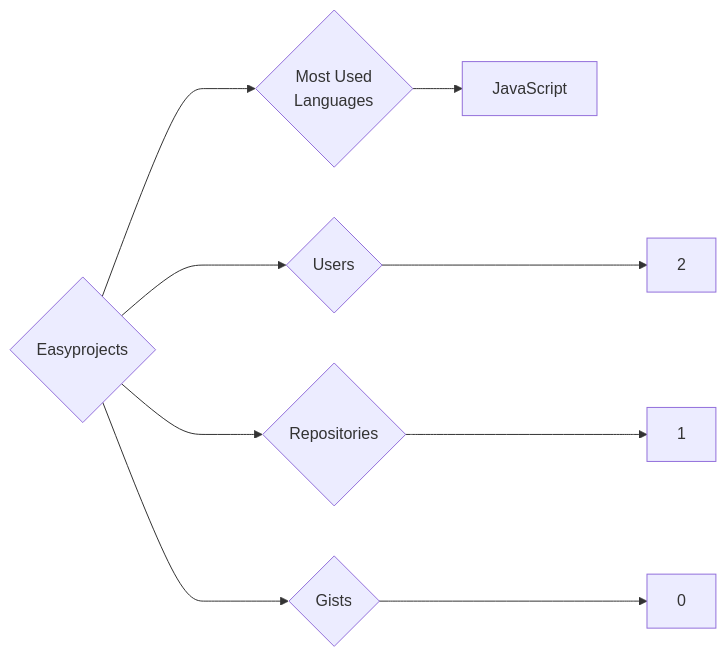
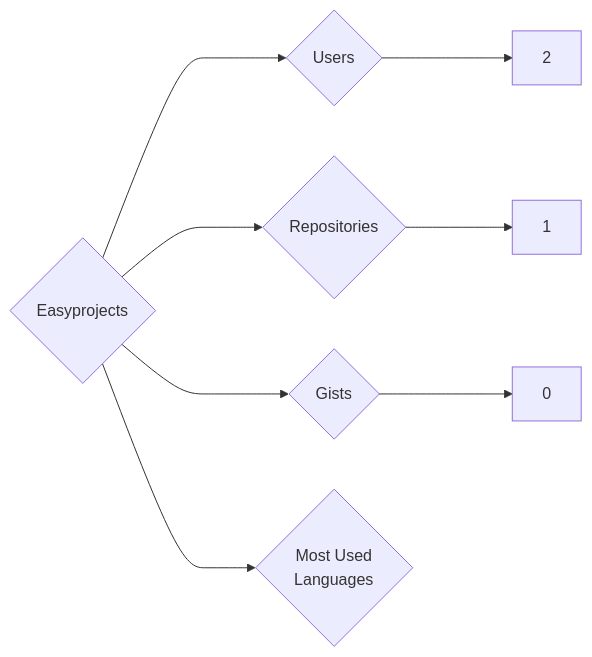
One commit to trickest/insiders changed the diagram in targets/Easyprojects/README.md. Above: the diagram before and after it, drawn with Mermaid. The commit also changed 912 other files, not shown here.

````diff
--- a/targets/Easyprojects/README.md
+++ b/targets/Easyprojects/README.md
@@ -3,9 +3,8 @@
 ```mermaid
 graph LR
 COMPANY_NAME{Easyprojects}
 COMPANY_NAME ---> U{Users} ---> UN[2]
 COMPANY_NAME ---> R{Repositories} ---> RN[1]
 COMPANY_NAME ---> G{Gists} ---> GN[0]
 COMPANY_NAME ---> ML{Most Used<br>Languages}
-ML --> JavaScript[JavaScript]
 ```
````
